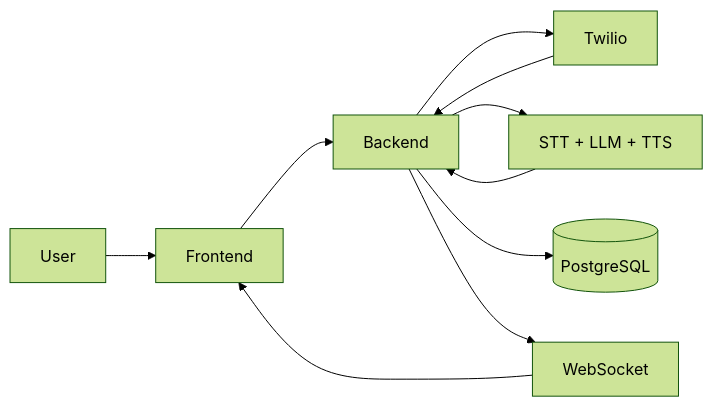
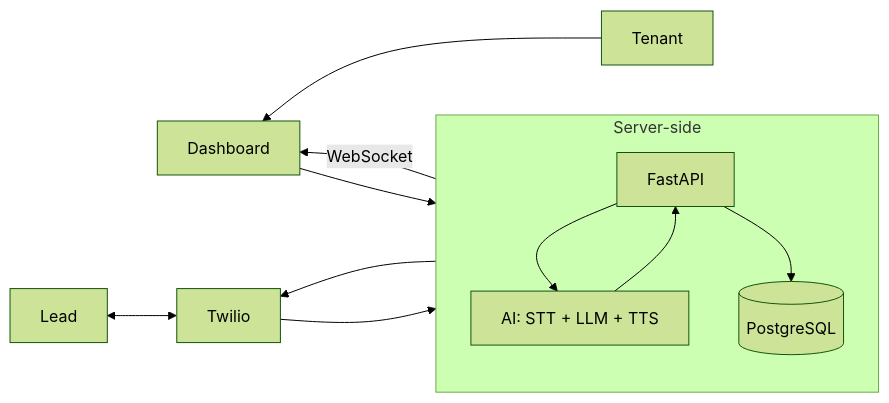
One commit to OceanStar88/Sagent changed the first of 2 diagrams in README.md. Above: the diagram before and after it, drawn with Mermaid (forest theme). The commit also changed other lines of this file and 1 other file, not shown here.

````diff
--- a/README.md
+++ b/README.md
@@ -48,16 +48,18 @@
 ```mermaid
-flowchart LR
-    User --> Frontend
+flowchart RL
+    Tenant --> Frontend[Dashboard]
     Frontend --> Backend
+    Backend --> |WebSocket| Frontend
 
     Backend --> Twilio
     Twilio --> Backend
+    
+    subgraph Server-side
+        Backend[FastAPI] --> AI[AI: STT + LLM + TTS]
+        AI --> Backend
+        direction TB
+        Backend --> DB[(PostgreSQL)]
+    end
 
-    Backend --> AI[STT + LLM + TTS]
-    AI --> Backend
-
-    Backend --> DB[(PostgreSQL)]
-
-    Backend --> WS[WebSocket]
-    WS --> Frontend
+    Twilio <--> Lead
 ```
````
